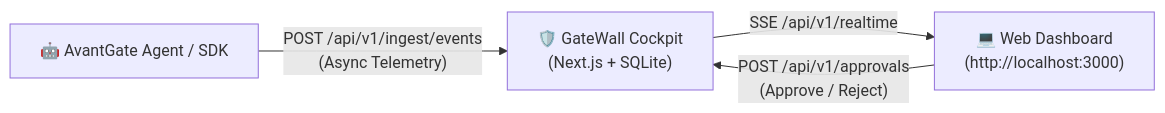
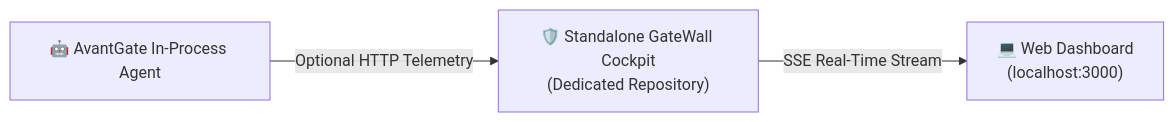
One commit to thienban/avantGate changed the second of 2 diagrams in README.md. Above: the diagram before and after it, drawn with Mermaid. The commit also changed other lines of this file and 95 other files, not shown here.

````diff
--- a/README.md
+++ b/README.md
@@ -40,6 +40,5 @@
 ```mermaid
 flowchart LR
-    Agent[🤖 AvantGate Agent / SDK] -- "POST /api/v1/ingest/events<br/>(Async Telemetry)" --> GateWall["🛡️ GateWall Cockpit<br/>(Next.js + SQLite)"]
-    GateWall -- "SSE /api/v1/realtime" --> Browser["💻 Web Dashboard<br/>(http://localhost:3000)"]
-    Browser -- "POST /api/v1/approvals<br/>(Approve / Reject)" --> GateWall
+    Agent[🤖 AvantGate In-Process Agent] -- "Optional HTTP Telemetry" --> GateWall["🛡️ Standalone GateWall Cockpit<br/>(Dedicated Repository)"]
+    GateWall -- "SSE Real-Time Stream" --> Browser["💻 Web Dashboard<br/>(localhost:3000)"]
 ```
````
